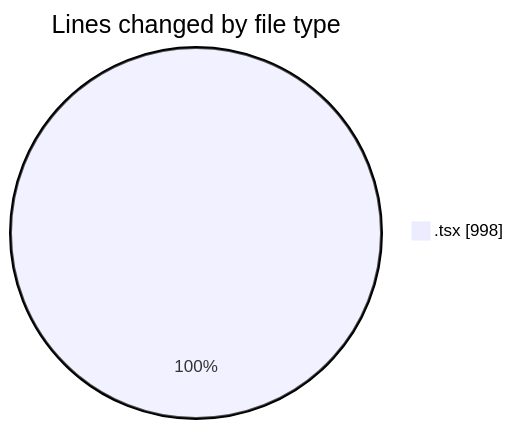
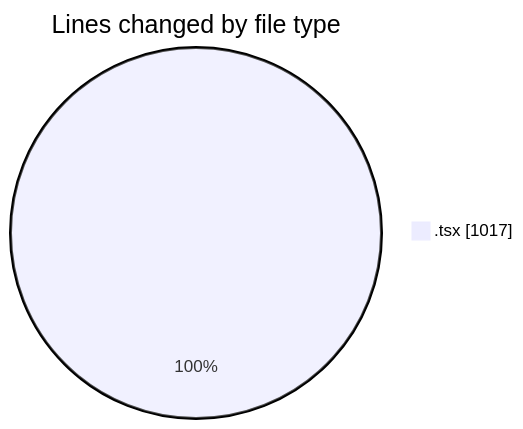
One commit to momahboobian/code-tracking changed the first of 2 diagrams in 2025-06-13/cda/README.md. Above: the diagram before and after it, drawn with Mermaid. The commit also changed other lines of this file and 1 other file, not shown here.

````diff
--- a/2025-06-13/cda/README.md
+++ b/2025-06-13/cda/README.md
@@ -21,5 +21,5 @@
 ```mermaid
 pie showData
 title Lines changed by file type
-".tsx" : 998
+".tsx" : 1017
 ```
````
